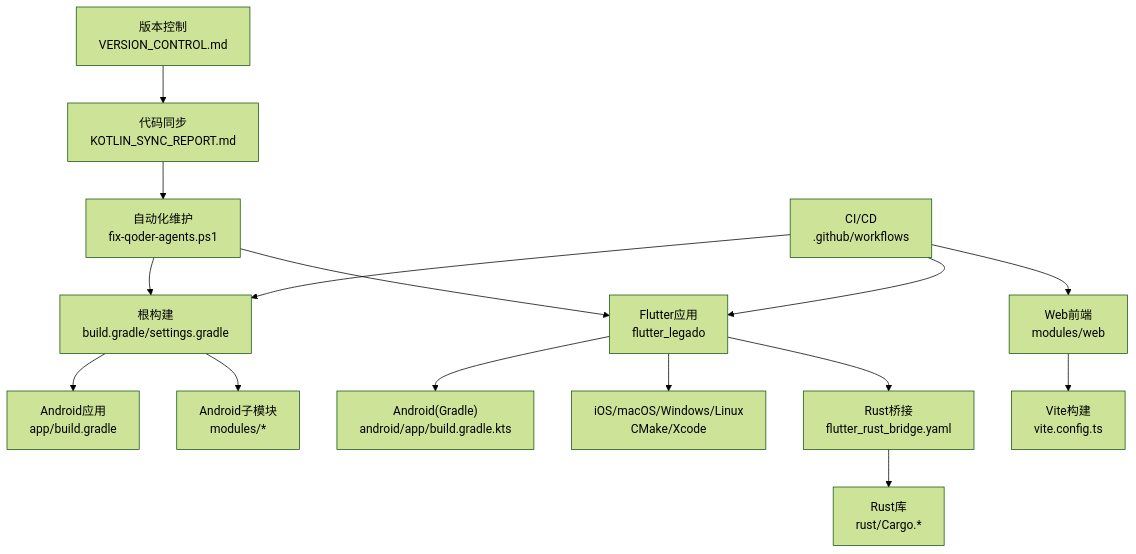
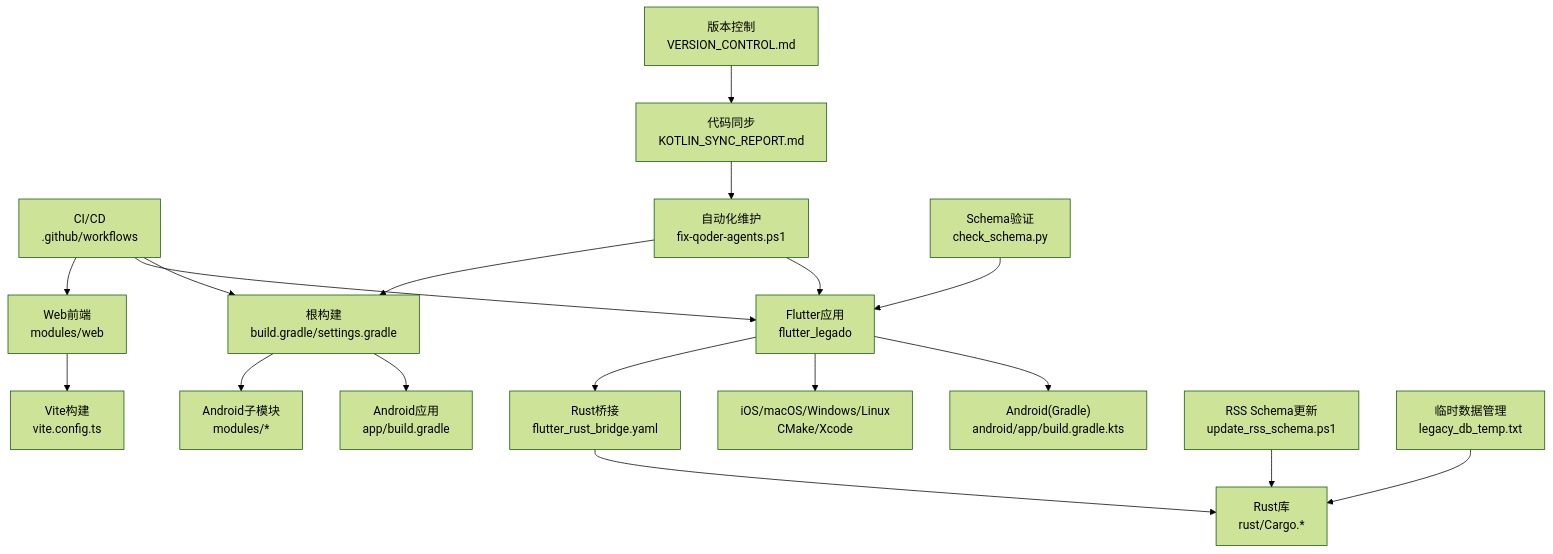
The first of 10 diagrams in .qoder/repowiki/zh/content/构建和部署/构建和部署.md (ZhangGHGitHub/LegadoTeamFlutter), drawn with Mermaid (forest theme) before and after one commit. The commit also changed other lines of this file and 58 other files, not shown here.

````diff
--- a/.qoder/repowiki/zh/content/构建和部署/构建和部署.md
+++ b/.qoder/repowiki/zh/content/构建和部署/构建和部署.md
@@ -67,17 +70,20 @@
 ```mermaid
 graph TB
 A["根构建<br/>build.gradle/settings.gradle"] --> B["Android应用<br/>app/build.gradle"]
 A --> C["Android子模块<br/>modules/*"]
 D["Flutter应用<br/>flutter_legado"] --> E["Android(Gradle)<br/>android/app/build.gradle.kts"]
 D --> F["iOS/macOS/Windows/Linux<br/>CMake/Xcode"]
 D --> G["Rust桥接<br/>flutter_rust_bridge.yaml"]
 G --> H["Rust库<br/>rust/Cargo.*"]
 I["Web前端<br/>modules/web"] --> J["Vite构建<br/>vite.config.ts"]
 K["CI/CD<br/>.github/workflows"] --> A
 K --> D
 K --> I
 L["版本控制<br/>VERSION_CONTROL.md"] --> M["代码同步<br/>KOTLIN_SYNC_REPORT.md"]
 M --> N["自动化维护<br/>fix-qoder-agents.ps1"]
 N --> D
 N --> A
+O["Schema验证<br/>check_schema.py"] --> D
+P["RSS Schema更新<br/>update_rss_schema.ps1"] --> H
+Q["临时数据管理<br/>legacy_db_temp.txt"] --> H
 ```
````
